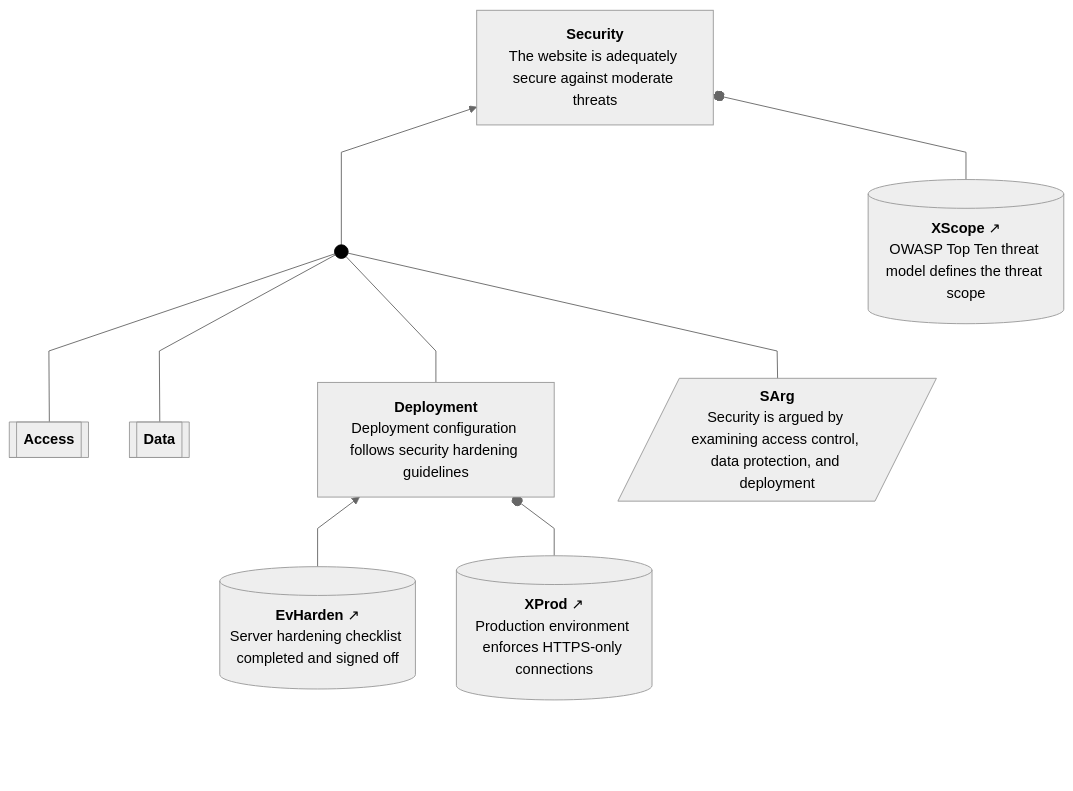
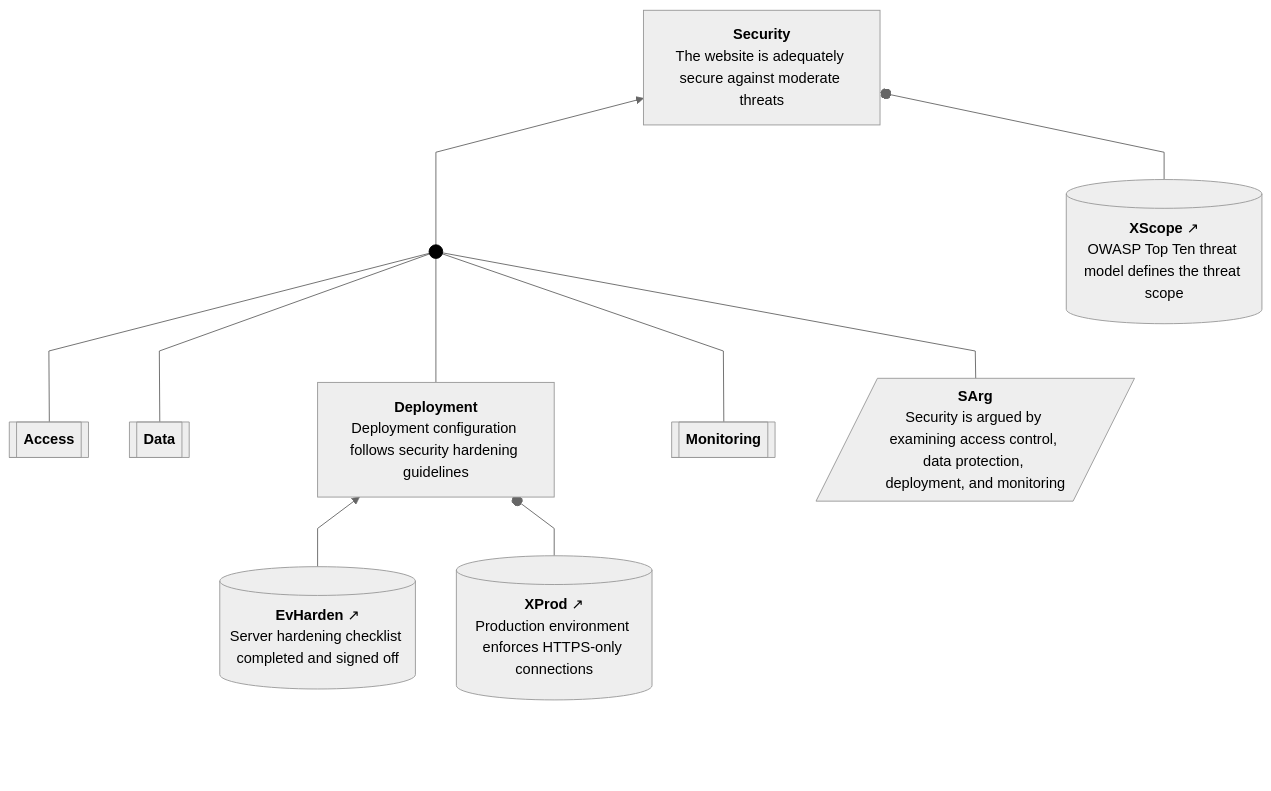
The first of 12 diagrams in tests/fixtures/demo-output.expected.md (david-a-wheeler/caseproc), drawn with Mermaid before and after one commit. The commit also changed other lines of this file and 3 other files, not shown here.

````diff
--- a/tests/fixtures/demo-output.expected.md
+++ b/tests/fixtures/demo-output.expected.md
@@ -14,49 +19,53 @@
 ```mermaid
 ---
 config:
   theme: neutral
   flowchart:
     curve: linear
     htmlLabels: true
     rankSpacing: 60
     nodeSpacing: 45
     padding: 15
 ---
 flowchart BT
     classDef invisible opacity:0
     classDef sacmDot fill:#000,stroke:#000
     classDef connector fill:none,stroke:#cccccc,stroke-width:1px;
     classDef abstractClaim stroke-width:2px,stroke-dasharray: 5 5;
     Security["<b>Security</b><br>The website is adequately secure against moderate threats"]
     XScope[("<b>XScope</b>&nbsp;↗<br>OWASP Top Ten threat model defines the threat scope")]
-    SArg[/"<b>SArg</b><br>Security is argued by examining access control, data protection, and deployment"/]
+    SArg[/"<b>SArg</b><br>Security is argued by examining access control, data protection, deployment, and monitoring"/]
     Access[["<b>Access</b>"]]
     Data[["<b>Data</b>"]]
     Deployment["<b>Deployment</b><br>Deployment configuration follows security hardening guidelines"]
+    Monitoring[["<b>Monitoring</b>"]]
     EvHarden[("<b>EvHarden</b>&nbsp;↗<br>Server hardening checklist completed and signed off")]
     XProd[("<b>XProd</b>&nbsp;↗<br>Production environment enforces HTTPS-only connections")]
     Dot1((" ")):::sacmDot
     click Security "https://github.com/david-a-wheeler/verocase/blob/main/tests/fixtures/demo-output.expected.md#claim-security"
     click XScope "https://github.com/david-a-wheeler/verocase/blob/main/tests/fixtures/demo-output.expected.md#context-xscope"
     click SArg "https://github.com/david-a-wheeler/verocase/blob/main/tests/fixtures/demo-output.expected.md#strategy-sarg"
     click Access "https://github.com/david-a-wheeler/verocase/blob/main/tests/fixtures/demo-output.expected.md#package-access"
     click Data "https://github.com/david-a-wheeler/verocase/blob/main/tests/fixtures/demo-output.expected.md#package-data"
     click Deployment "https://github.com/david-a-wheeler/verocase/blob/main/tests/fixtures/demo-output.expected.md#claim-deployment"
+    click Monitoring "https://github.com/david-a-wheeler/verocase/blob/main/tests/fixtures/demo-output.expected.md#package-monitoring"
     click EvHarden "https://github.com/david-a-wheeler/verocase/blob/main/tests/fixtures/demo-output.expected.md#evidence-evharden"
     click XProd "https://github.com/david-a-wheeler/verocase/blob/main/tests/fixtures/demo-output.expected.md#context-xprod"
 
     BottomPadding[ ]:::invisible ~~~ XScope
     BottomPadding ~~~ SArg
     BottomPadding ~~~ Access
     BottomPadding ~~~ Data
+    BottomPadding ~~~ Monitoring
     BottomPadding ~~~ EvHarden
     BottomPadding ~~~ XProd
     EvHarden --> Deployment
     XProd --o Deployment
     Access --- Dot1
     Data --- Dot1
     Deployment --- Dot1
+    Monitoring --- Dot1
     SArg --- Dot1
     Dot1 --> Security
     XScope --o Security
 ```
````
